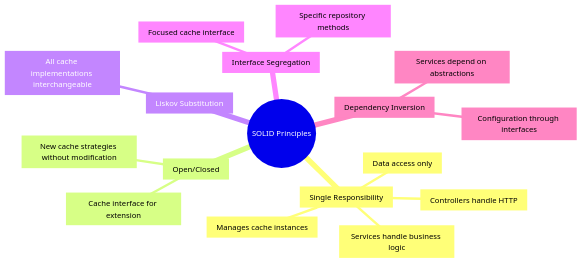
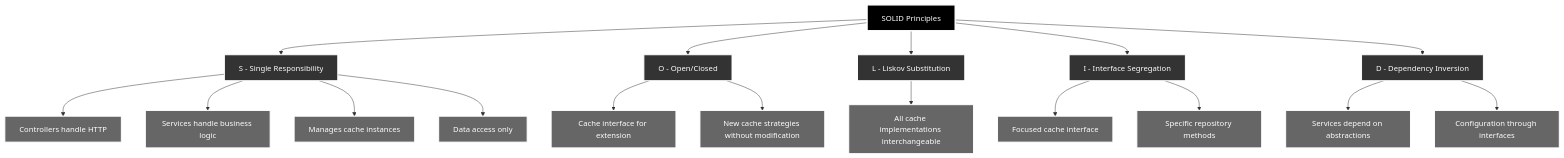
Before and after one commit to rkpatra201/product-services: the seventh of 7 diagrams in documents/architectural.md, drawn with Mermaid.

````diff
--- a/documents/architectural.md
+++ b/documents/architectural.md
@@ -402,22 +402,57 @@
 ```mermaid
-mindmap
-  root((SOLID Principles))
-    S[Single Responsibility]
-      ProductController["Controllers handle HTTP"]
-      ProductService["Services handle business logic"]
-      CacheProvider["Manages cache instances"]
-      ProductRepository["Data access only"]
-    O[Open/Closed]
-      CacheInterface["Cache interface for extension"]
-      StrategyPattern["New cache strategies without modification"]
-    L[Liskov Substitution]
-      CacheImplementations["All cache implementations interchangeable"]
-    I[Interface Segregation]
-      CacheInterface["Focused cache interface"]
-      RepositoryInterface["Specific repository methods"]
-    D[Dependency Inversion]
-      ServiceDependencies["Services depend on abstractions"]
-      ConfigurationInjection["Configuration through interfaces"]
+graph TD
+    Root["SOLID Principles"]
+    
+    S["S - Single Responsibility"]
+    O["O - Open/Closed"]
+    L["L - Liskov Substitution"]
+    I["I - Interface Segregation"]
+    D["D - Dependency Inversion"]
+    
+    PC["Controllers handle HTTP"]
+    PS["Services handle business logic"]
+    CP["Manages cache instances"]
+    PR["Data access only"]
+    
+    CI1["Cache interface for extension"]
+    SP["New cache strategies without modification"]
+    
+    CImpl["All cache implementations interchangeable"]
+    
+    CI2["Focused cache interface"]
+    RI["Specific repository methods"]
+    
+    SD["Services depend on abstractions"]
+    CInj["Configuration through interfaces"]
 
-%%{init: {"mindmap": {"theme": "dark"}}}%%
+    Root --> S
+    Root --> O
+    Root --> L
+    Root --> I
+    Root --> D
+    
+    S --> PC
+    S --> PS
+    S --> CP
+    S --> PR
+    
+    O --> CI1
+    O --> SP
+    
+    L --> CImpl
+    
+    I --> CI2
+    I --> RI
+    
+    D --> SD
+    D --> CInj
+
+    %% Styling
+    classDef root fill:#000000,stroke:#ffffff,stroke-width:3px,color:#ffffff
+    classDef principle fill:#333333,stroke:#ffffff,stroke-width:2px,color:#ffffff
+    classDef implementation fill:#666666,stroke:#ffffff,stroke-width:2px,color:#ffffff
+    
+    class Root root
+    class S,O,L,I,D principle
+    class PC,PS,CP,PR,CI1,SP,CImpl,CI2,RI,SD,CInj implementation
 ```
````
